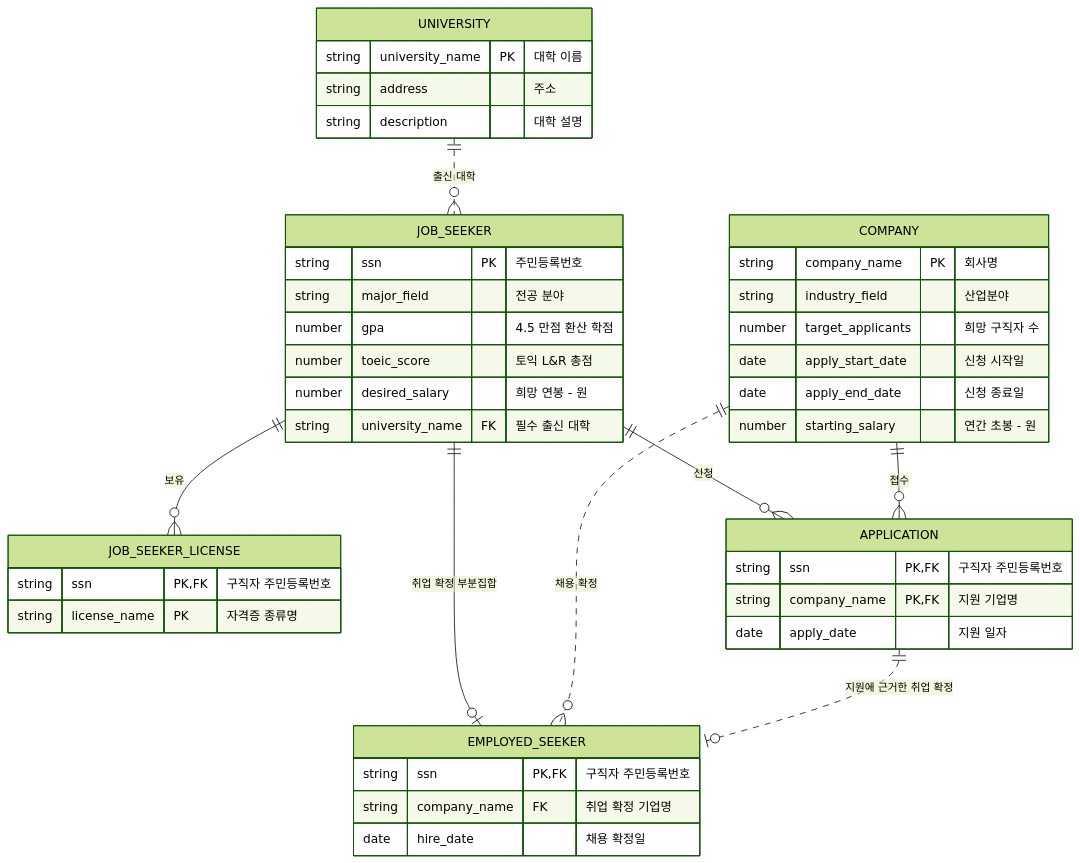
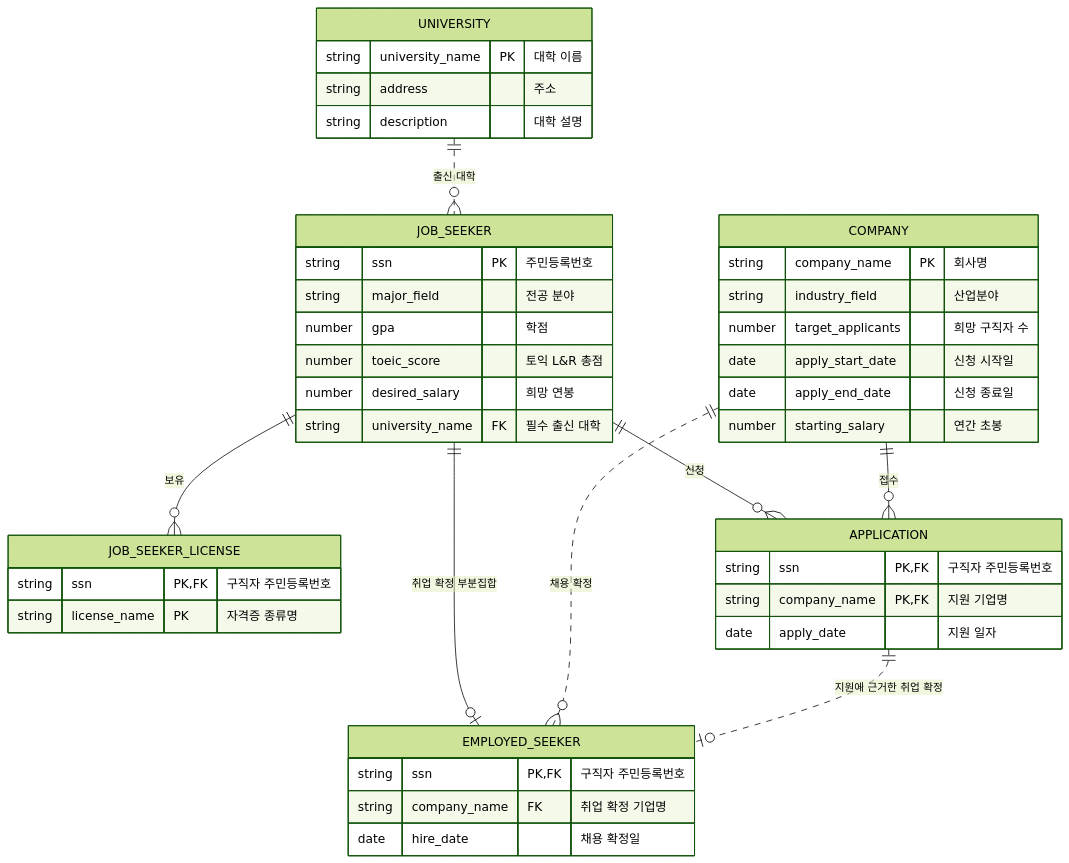
The first of 2 diagrams in er.md (Jung-wonwoo/database), drawn with Mermaid (forest theme) before and after one commit. The commit also changed other lines of this file, not shown here.

````diff
--- a/er.md
+++ b/er.md
@@ -29,45 +15,45 @@
 ```mermaid
 erDiagram
     UNIVERSITY {
         string university_name PK "대학 이름"
         string address "주소"
         string description "대학 설명"
     }
     COMPANY {
         string company_name PK "회사명"
         string industry_field "산업분야"
         number target_applicants "희망 구직자 수"
         date apply_start_date "신청 시작일"
         date apply_end_date "신청 종료일"
-        number starting_salary "연간 초봉 - 원"
+        number starting_salary "연간 초봉"
     }
     JOB_SEEKER {
         string ssn PK "주민등록번호"
         string major_field "전공 분야"
-        number gpa "4.5 만점 환산 학점"
+        number gpa "학점"
         number toeic_score "토익 L&R 총점"
-        number desired_salary "희망 연봉 - 원"
+        number desired_salary "희망 연봉"
         string university_name FK "필수 출신 대학"
     }
     JOB_SEEKER_LICENSE {
         string ssn PK, FK "구직자 주민등록번호"
         string license_name PK "자격증 종류명"
     }
     APPLICATION {
         string ssn PK, FK "구직자 주민등록번호"
         string company_name PK, FK "지원 기업명"
         date apply_date "지원 일자"
     }
     EMPLOYED_SEEKER {
         string ssn PK, FK "구직자 주민등록번호"
         string company_name FK "취업 확정 기업명"
         date hire_date "채용 확정일"
     }
     UNIVERSITY ||..o{ JOB_SEEKER : "출신 대학"
     JOB_SEEKER ||--o{ JOB_SEEKER_LICENSE : "보유"
     JOB_SEEKER ||--o{ APPLICATION : "신청"
     COMPANY ||--o{ APPLICATION : "접수"
     JOB_SEEKER ||--o| EMPLOYED_SEEKER : "취업 확정 부분집합"
     COMPANY ||..o{ EMPLOYED_SEEKER : "채용 확정"
     APPLICATION ||..o| EMPLOYED_SEEKER : "지원에 근거한 취업 확정"
 ```
````
